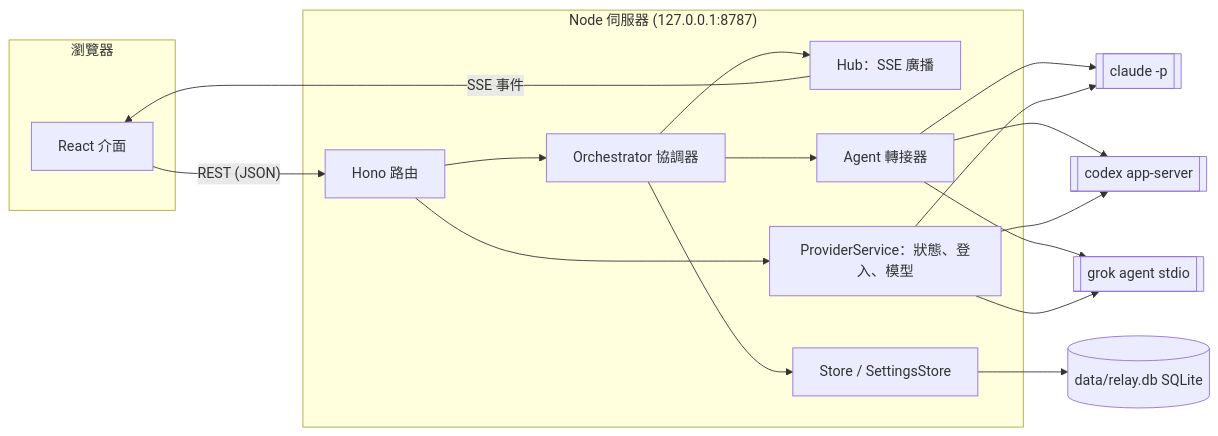
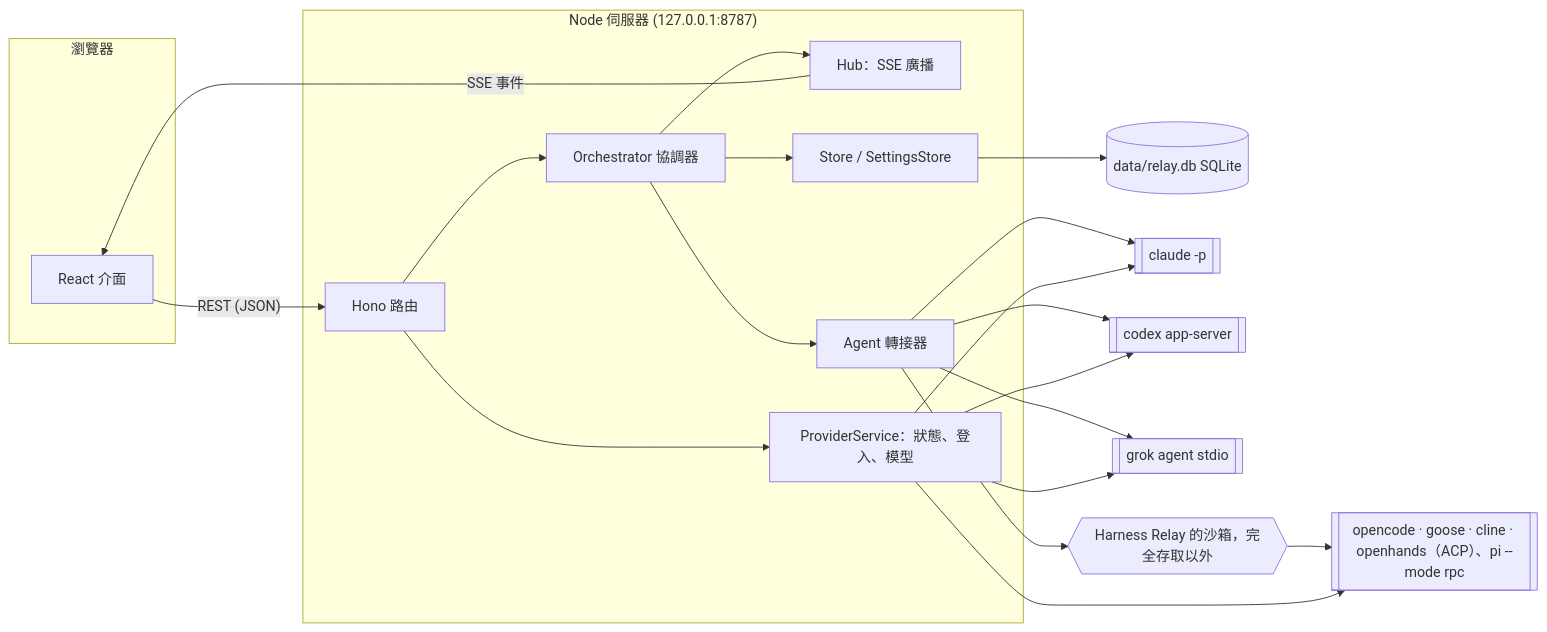
The first of 2 diagrams in docs/architecture.zh-TW.md (Agentic-System-Lab/harness-relay), drawn with Mermaid before and after one commit. The commit also changed other lines of this file and 260 other files, not shown here.

````diff
--- a/docs/architecture.zh-TW.md
+++ b/docs/architecture.zh-TW.md
@@ -12,29 +12,32 @@
 ```mermaid
 flowchart LR
   subgraph Browser["瀏覽器"]
     UI[React 介面]
   end
   subgraph Server["Node 伺服器 (127.0.0.1:8787)"]
     API[Hono 路由]
     ORCH[Orchestrator 協調器]
     HUB[Hub：SSE 廣播]
     STORE[Store / SettingsStore]
     PROV[ProviderService：狀態、登入、模型]
     RUN[Agent 轉接器]
   end
   DB[(data/relay.db SQLite)]
   CLAUDE[[claude -p]]
   CODEX[[codex app-server]]
   GROK[[grok agent stdio]]
+  SBX{{Harness Relay 的沙箱，完全存取以外}}
+  OPEN[["opencode · goose · cline · openhands（ACP）、pi --mode rpc"]]
 
   UI -- REST (JSON) --> API
   HUB -- SSE 事件 --> UI
   API --> ORCH
   API --> PROV
   ORCH --> RUN
   ORCH --> HUB
   ORCH --> STORE
   STORE --> DB
   RUN --> CLAUDE & CODEX & GROK
-  PROV --> CLAUDE & CODEX & GROK
+  RUN --> SBX --> OPEN
+  PROV --> CLAUDE & CODEX & GROK & OPEN
 ```
````
